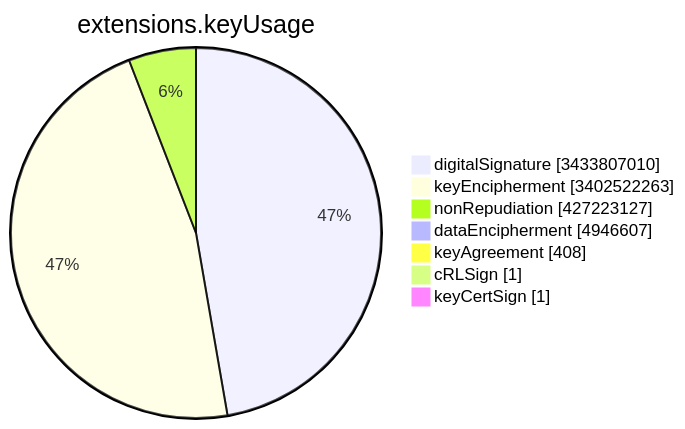
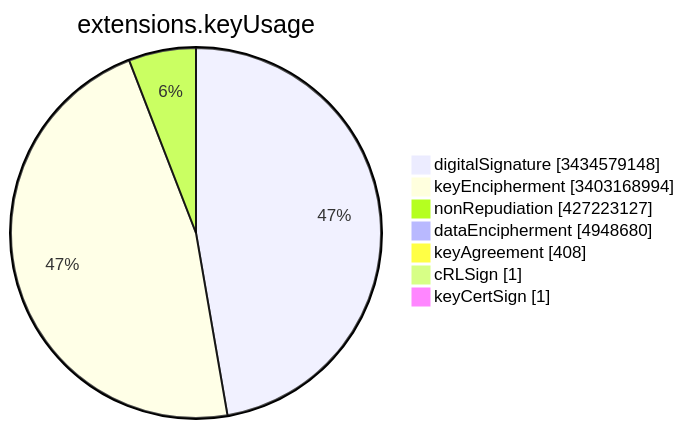
Before and after one commit to christiankrug/ctmonitor_visualization: the sixth of 15 diagrams in TOTAL/README.md, drawn with Mermaid. The commit also changed other lines of this file, not shown here.

````diff
--- a/TOTAL/README.md
+++ b/TOTAL/README.md
@@ -3081,11 +3081,11 @@
 ```mermaid
 pie showData
 title extensions.keyUsage
-"digitalSignature" :3433807010
-"keyEncipherment" :3402522263
+"digitalSignature" :3434579148
+"keyEncipherment" :3403168994
 "nonRepudiation" :427223127
-"dataEncipherment" :4946607
+"dataEncipherment" :4948680
 "keyAgreement" :408
 "cRLSign" :1
 "keyCertSign" :1
 ```
````
